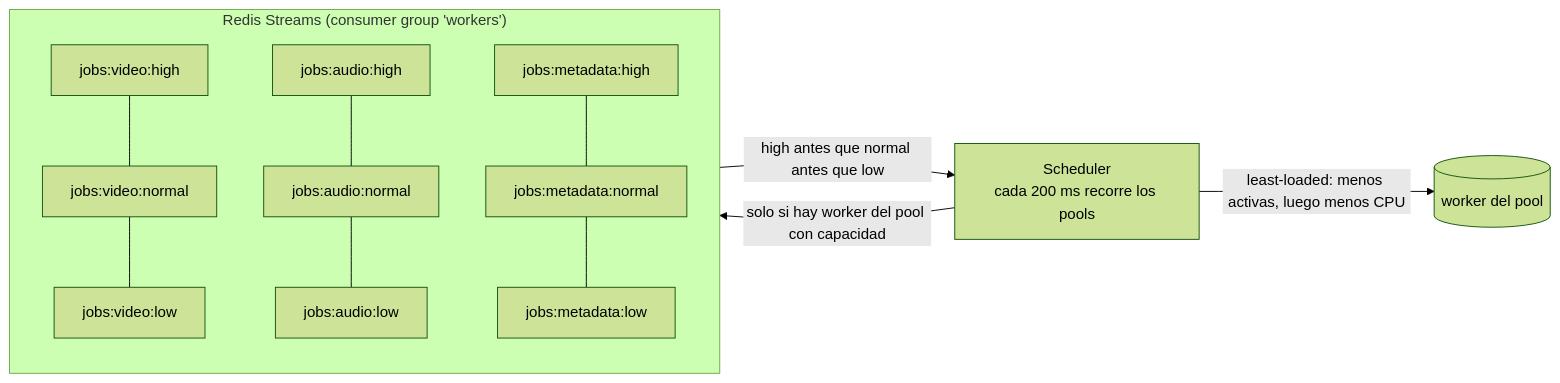
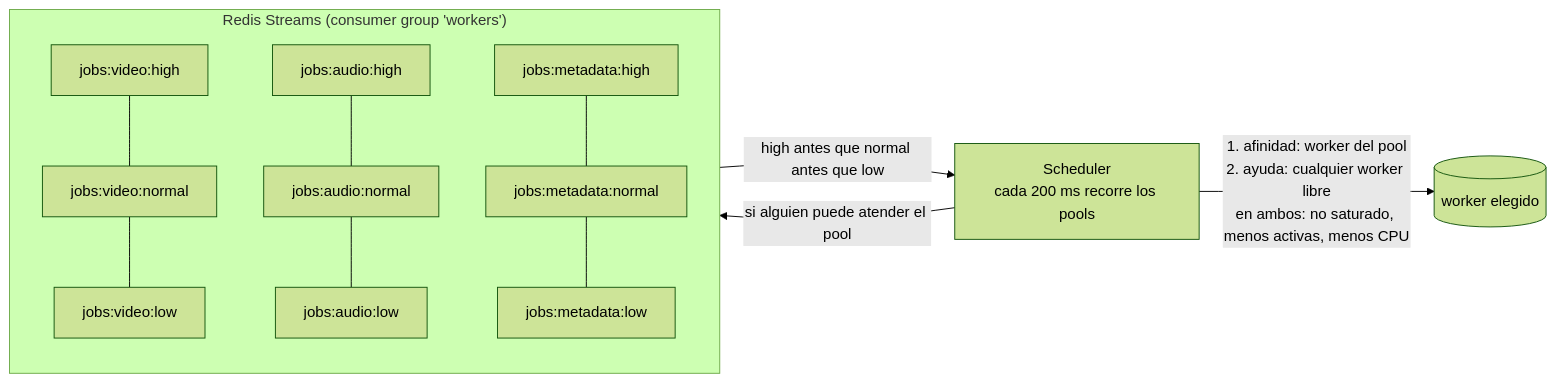
One commit to lenokeckler/mediacase-platform changed the fifth of 6 diagrams in docs/architecture.md. Above: the diagram before and after it, drawn with Mermaid (forest theme). The commit also changed other lines of this file and 3 other files, not shown here.

````diff
--- a/docs/architecture.md
+++ b/docs/architecture.md
@@ -176,12 +176,12 @@
 ```mermaid
 flowchart LR
   subgraph redis["Redis Streams (consumer group 'workers')"]
     direction TB
     VH[jobs:video:high] --- VN[jobs:video:normal] --- VL[jobs:video:low]
     AH[jobs:audio:high] --- AN[jobs:audio:normal] --- AL[jobs:audio:low]
     MH[jobs:metadata:high] --- MN[jobs:metadata:normal] --- ML[jobs:metadata:low]
   end
-  S[Scheduler<br/>cada 200 ms recorre los pools] -->|solo si hay worker del pool con capacidad| redis
+  S[Scheduler<br/>cada 200 ms recorre los pools] -->|si alguien puede atender el pool| redis
   redis -->|high antes que normal antes que low| S
-  S -->|least-loaded: menos activas, luego menos CPU| W[(worker del pool)]
+  S -->|1. afinidad: worker del pool<br/>2. ayuda: cualquier worker libre<br/>en ambos: no saturado, menos activas, menos CPU| W[(worker elegido)]
 ```
````
